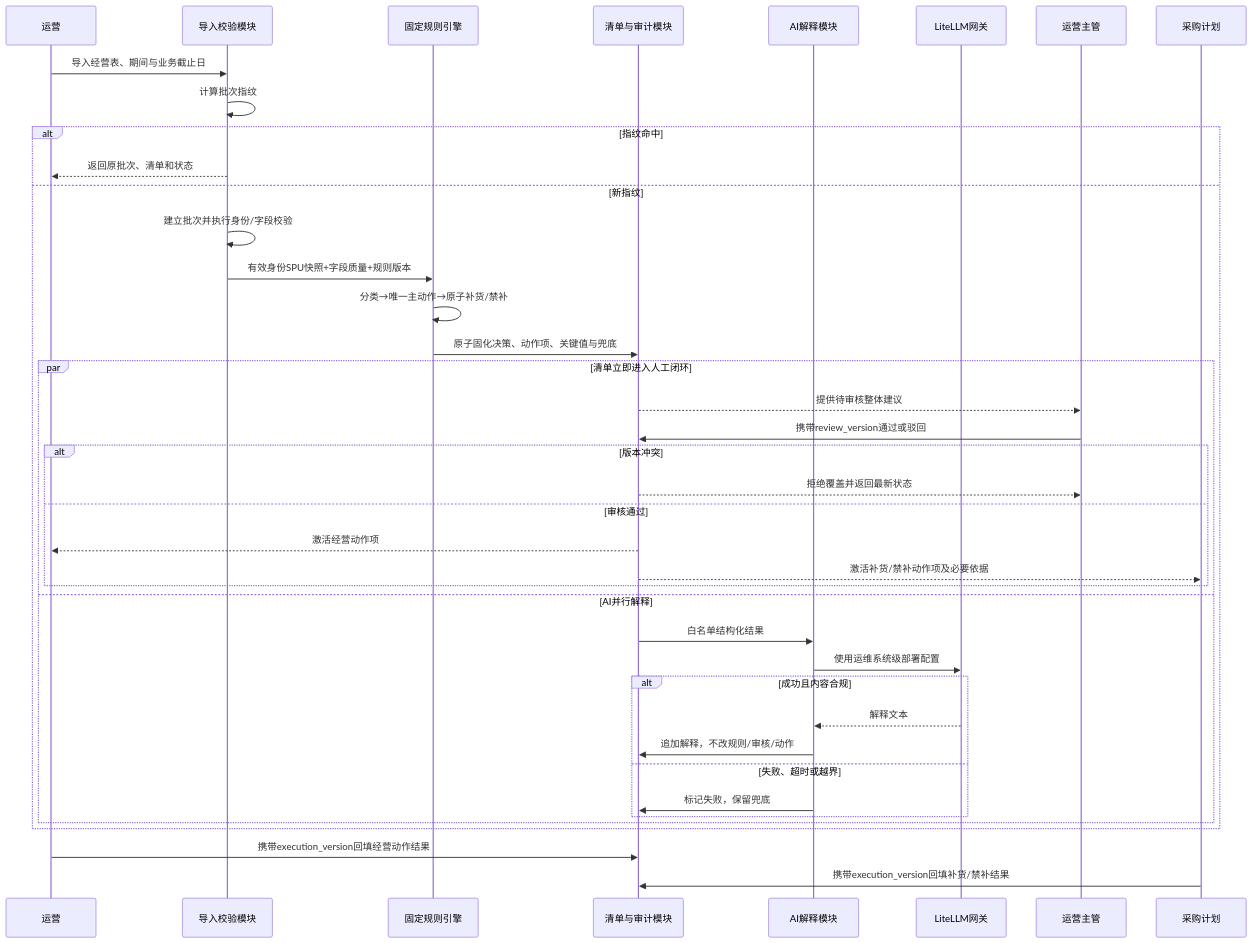
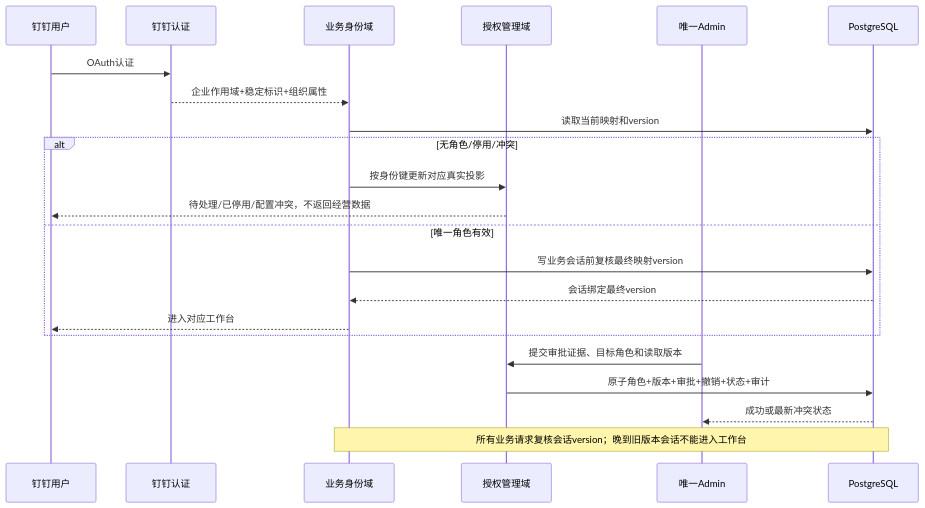
The sixth of 6 diagrams in 趣然AI商品经营利润决策助手/drafts/r3-architect.md (johnsonsmilequran/profit-decision-engine), drawn with Mermaid before and after one commit. The commit also changed other lines of this file and 2 other files, not shown here.

````diff
--- a/趣然AI商品经营利润决策助手/drafts/r3-architect.md
+++ b/趣然AI商品经营利润决策助手/drafts/r3-architect.md
@@ -434,43 +376,25 @@
 ```mermaid
 sequenceDiagram
-    participant OP as 运营
-    participant IMP as 导入校验模块
-    participant RULE as 固定规则引擎
-    participant LIST as 清单与审计模块
-    participant AI as AI解释模块
-    participant GW as LiteLLM网关
-    participant MGR as 运营主管
-    participant BUY as 采购计划
+    participant USER as 钉钉用户
+    participant DD as 钉钉认证
+    participant BIZ as 业务身份域
+    participant ACCESS as 授权管理域
+    participant ADMIN as 唯一Admin
+    participant DB as PostgreSQL
 
-    OP->>IMP: 导入经营表、期间与业务截止日
-    IMP->>IMP: 计算批次指纹
-    alt 指纹命中
-        IMP-->>OP: 返回原批次、清单和状态
-    else 新指纹
-        IMP->>IMP: 建立批次并执行身份/字段校验
-        IMP->>RULE: 有效身份SPU快照+字段质量+规则版本
-        RULE->>RULE: 分类→唯一主动作→原子补货/禁补
-        RULE->>LIST: 原子固化决策、动作项、关键值与兜底
-        par 清单立即进入人工闭环
-            LIST-->>MGR: 提供待审核整体建议
-            MGR->>LIST: 携带review_version通过或驳回
-            alt 版本冲突
-                LIST-->>MGR: 拒绝覆盖并返回最新状态
-            else 审核通过
-                LIST-->>OP: 激活经营动作项
-                LIST-->>BUY: 激活补货/禁补动作项及必要依据
-            end
-        and AI并行解释
-            LIST->>AI: 白名单结构化结果
-            AI->>GW: 使用运维系统级部署配置
-            alt 成功且内容合规
-                GW-->>AI: 解释文本
-                AI->>LIST: 追加解释，不改规则/审核/动作
-            else 失败、超时或越界
-                AI->>LIST: 标记失败，保留兜底
-            end
-        end
+    USER->>DD: OAuth认证
+    DD-->>BIZ: 企业作用域+稳定标识+组织属性
+    BIZ->>DB: 读取当前映射和version
+    alt 无角色/停用/冲突
+        BIZ->>ACCESS: 按身份键更新对应真实投影
+        ACCESS-->>USER: 待处理/已停用/配置冲突，不返回经营数据
+    else 唯一角色有效
+        BIZ->>DB: 写业务会话前复核最终映射version
+        DB-->>BIZ: 会话绑定最终version
+        BIZ-->>USER: 进入对应工作台
     end
-    OP->>LIST: 携带execution_version回填经营动作结果
-    BUY->>LIST: 携带execution_version回填补货/禁补结果
+    ADMIN->>ACCESS: 提交审批证据、目标角色和读取版本
+    ACCESS->>DB: 原子角色+版本+审批+撤销+状态+审计
+    DB-->>ADMIN: 成功或最新冲突状态
+    Note over BIZ,DB: 所有业务请求复核会话version；晚到旧版本会话不能进入工作台
 ```
````
